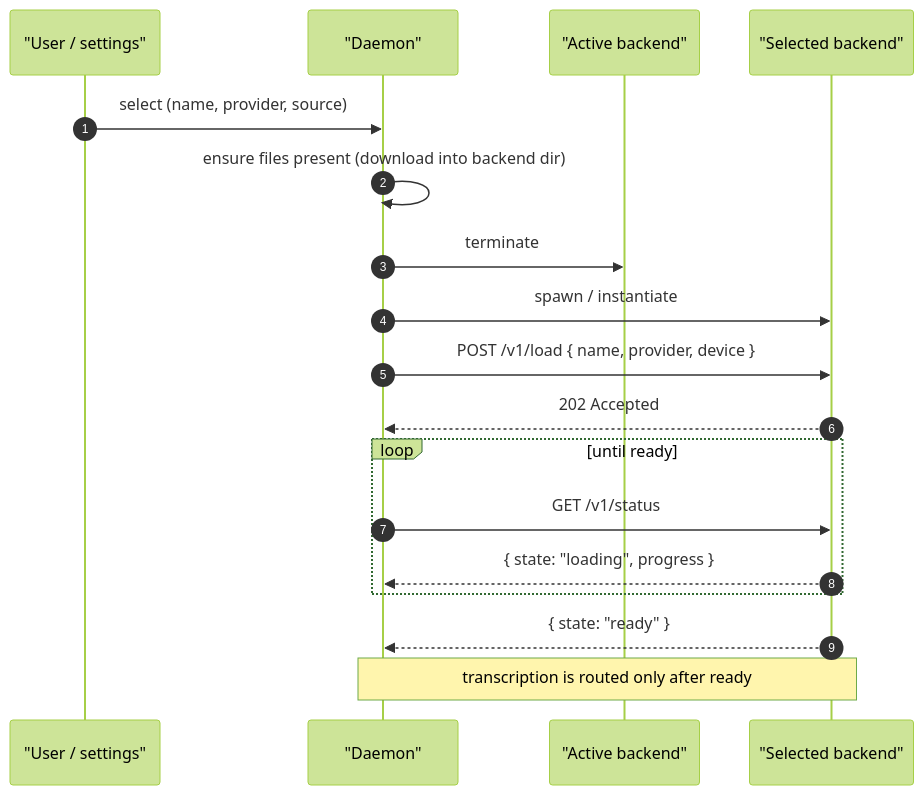
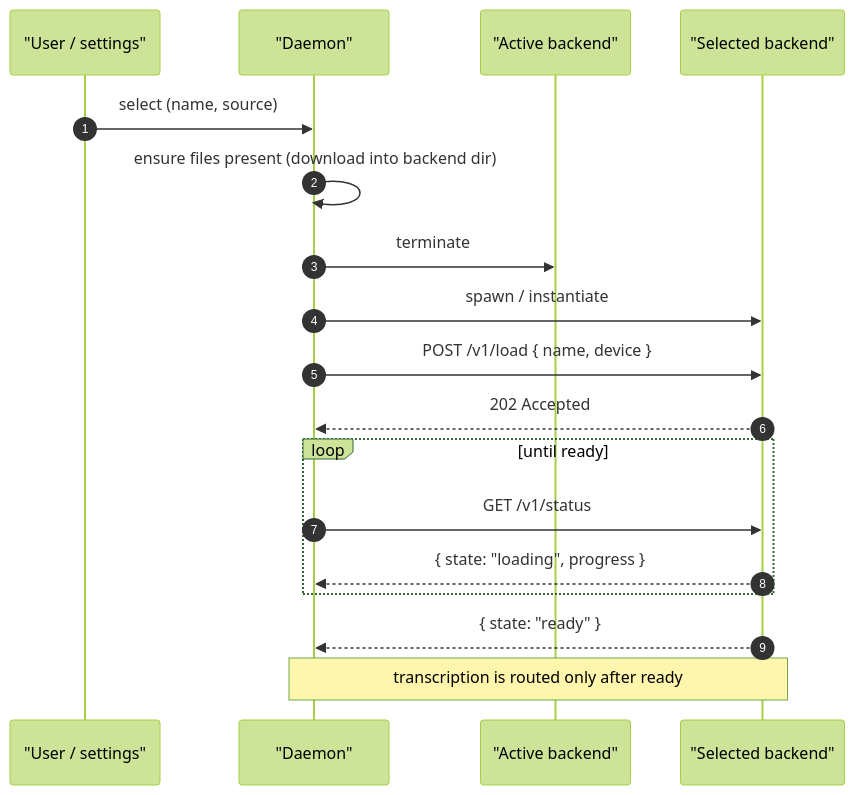
One commit to jorge-menjivar/super-stt changed the second of 2 diagrams in docs/protocol/backend/contract.md. Above: the diagram before and after it, drawn with Mermaid (forest theme). The commit also changed other lines of this file and 10 other files, not shown here.

````diff
--- a/docs/protocol/backend/contract.md
+++ b/docs/protocol/backend/contract.md
@@ -375,21 +371,21 @@
 ```mermaid
 sequenceDiagram
     autonumber
     participant U as "User / settings"
     participant D as "Daemon"
     participant A as "Active backend"
     participant B as "Selected backend"
 
-    U->>D: select (name, provider, source)
+    U->>D: select (name, source)
     D->>D: ensure files present (download into backend dir)
     D->>A: terminate
     D->>B: spawn / instantiate
-    D->>B: POST /v1/load { name, provider, device }
+    D->>B: POST /v1/load { name, device }
     B-->>D: 202 Accepted
     loop until ready
         D->>B: GET /v1/status
         B-->>D: { state: "loading", progress }
     end
     B-->>D: { state: "ready" }
     Note over D,B: transcription is routed only after ready
 ```
````
